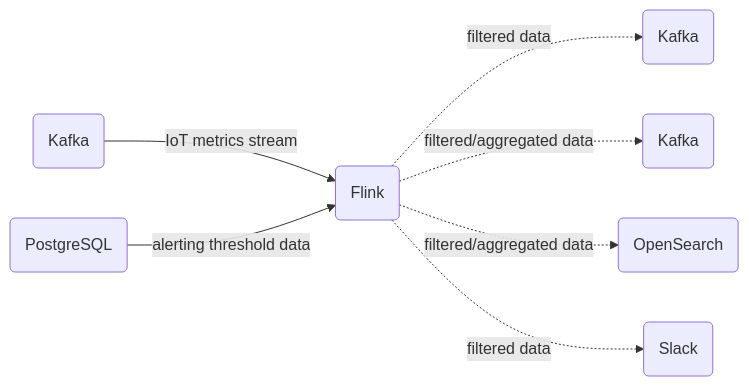
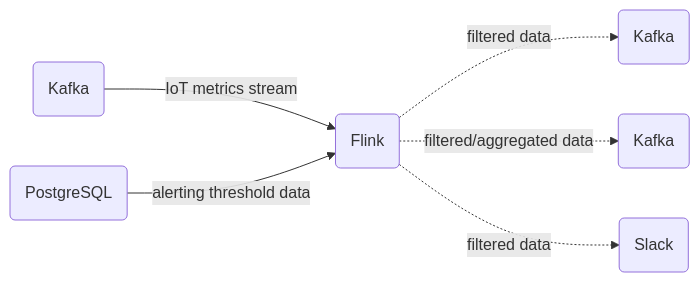
Before and after one commit to aiven/devportal: the first of 5 diagrams in docs/tutorials/anomaly-detection.rst, drawn with Mermaid. The commit also changed other lines of this file and 9 other files, not shown here.

```diff
--- a/docs/tutorials/anomaly-detection.rst
+++ b/docs/tutorials/anomaly-detection.rst
@@ -29,10 +29,9 @@
 .. mermaid::
 
     graph LR;
 
         id1(Kafka)-- IoT metrics stream -->id3(Flink);
         id2(PostgreSQL)-- alerting threshold data -->id3;
         id3-. filtered data .->id4(Kafka);
         id3-. filtered/aggregated data .->id5(Kafka);
-        id3-. filtered/aggregated data .->id6(OpenSearch);
         id3-. filtered data .->id7(Slack);
```
